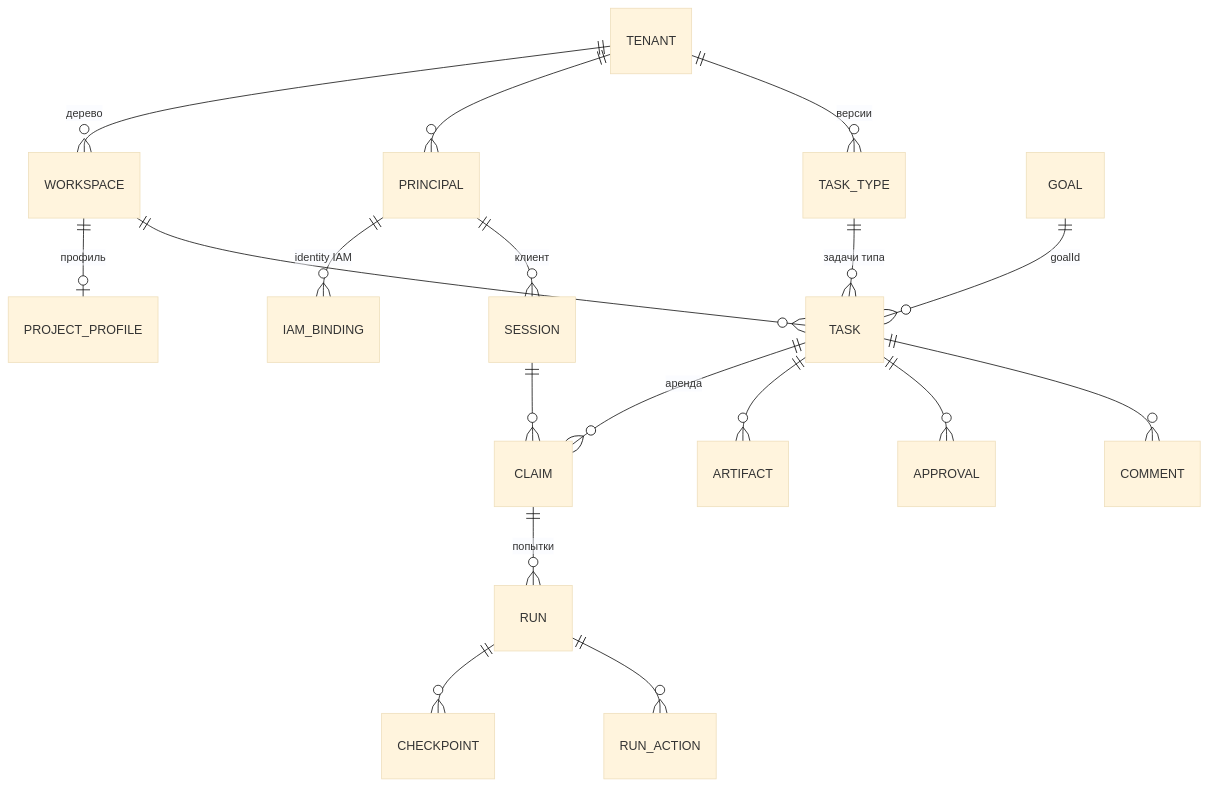
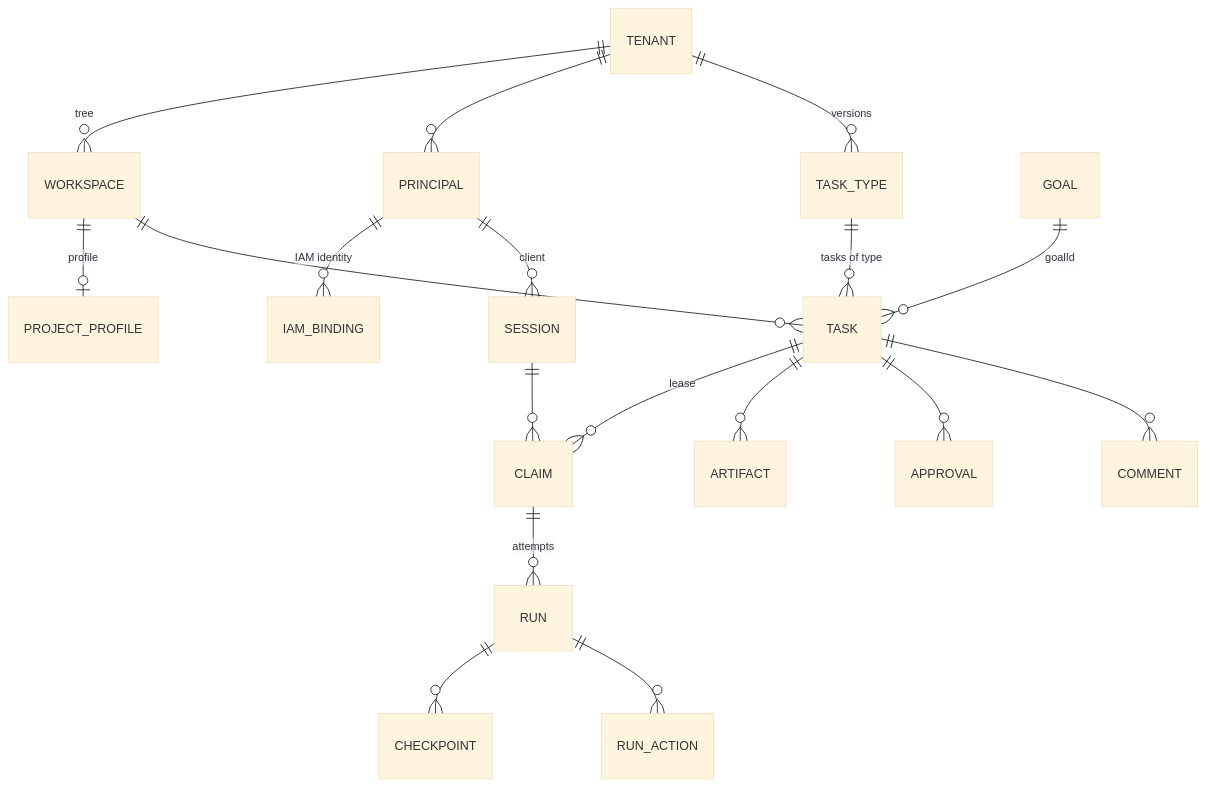
One commit to monthu56/taimen changed the diagram in guide/docs/overview/concepts.md. Above: the diagram before and after it, drawn with Mermaid (base theme). The commit also changed other lines of this file and 183 other files, not shown here.

````diff
--- a/guide/docs/overview/concepts.md
+++ b/guide/docs/overview/concepts.md
@@ -11,20 +12,20 @@
 ```mermaid
 erDiagram
-    TENANT ||--o{ WORKSPACE : "дерево"
-    WORKSPACE ||--o| PROJECT_PROFILE : "профиль"
+    TENANT ||--o{ WORKSPACE : "tree"
+    WORKSPACE ||--o| PROJECT_PROFILE : "profile"
     TENANT ||--o{ PRINCIPAL : ""
-    PRINCIPAL ||--o{ IAM_BINDING : "identity IAM"
-    TENANT ||--o{ TASK_TYPE : "версии"
-    TASK_TYPE ||--o{ TASK : "задачи типа"
+    PRINCIPAL ||--o{ IAM_BINDING : "IAM identity"
+    TENANT ||--o{ TASK_TYPE : "versions"
+    TASK_TYPE ||--o{ TASK : "tasks of type"
     WORKSPACE ||--o{ TASK : ""
     GOAL ||--o{ TASK : "goalId"
-    TASK ||--o{ CLAIM : "аренда"
-    PRINCIPAL ||--o{ SESSION : "клиент"
+    TASK ||--o{ CLAIM : "lease"
+    PRINCIPAL ||--o{ SESSION : "client"
     SESSION ||--o{ CLAIM : ""
-    CLAIM ||--o{ RUN : "попытки"
+    CLAIM ||--o{ RUN : "attempts"
     RUN ||--o{ CHECKPOINT : ""
     RUN ||--o{ RUN_ACTION : ""
     TASK ||--o{ ARTIFACT : ""
     TASK ||--o{ APPROVAL : ""
     TASK ||--o{ COMMENT : ""
 ```
````
